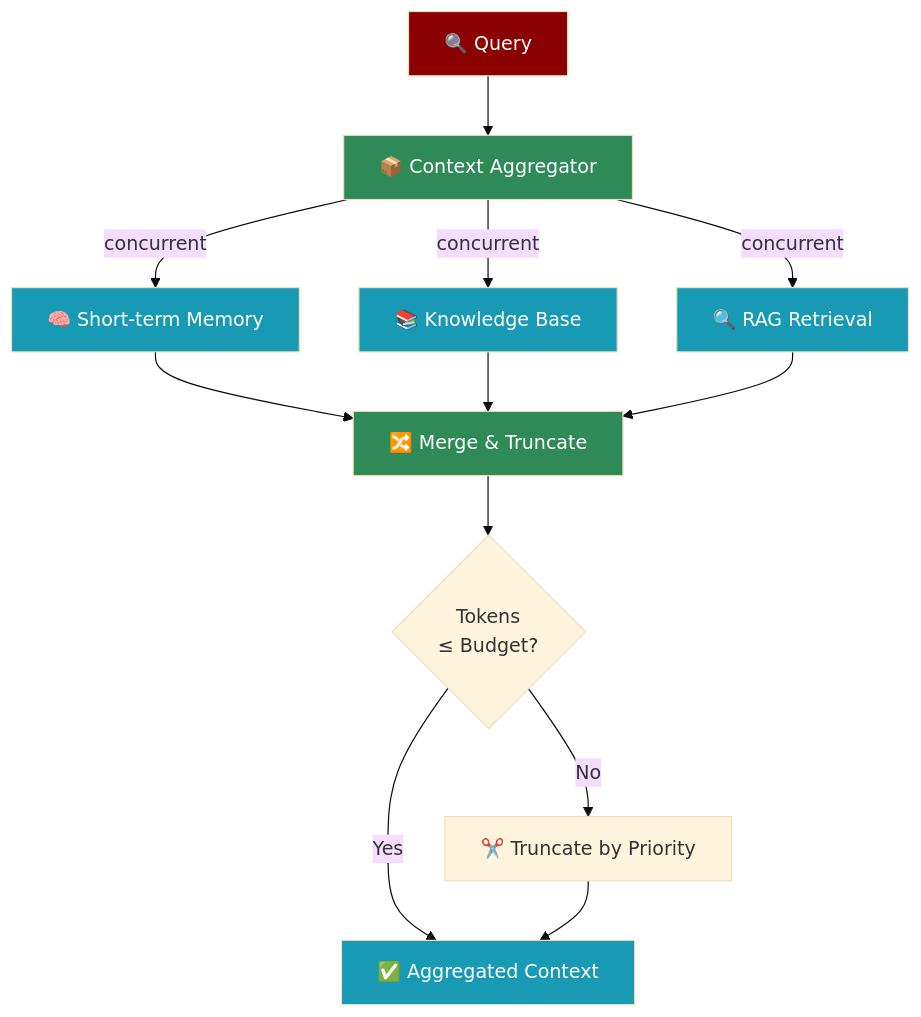
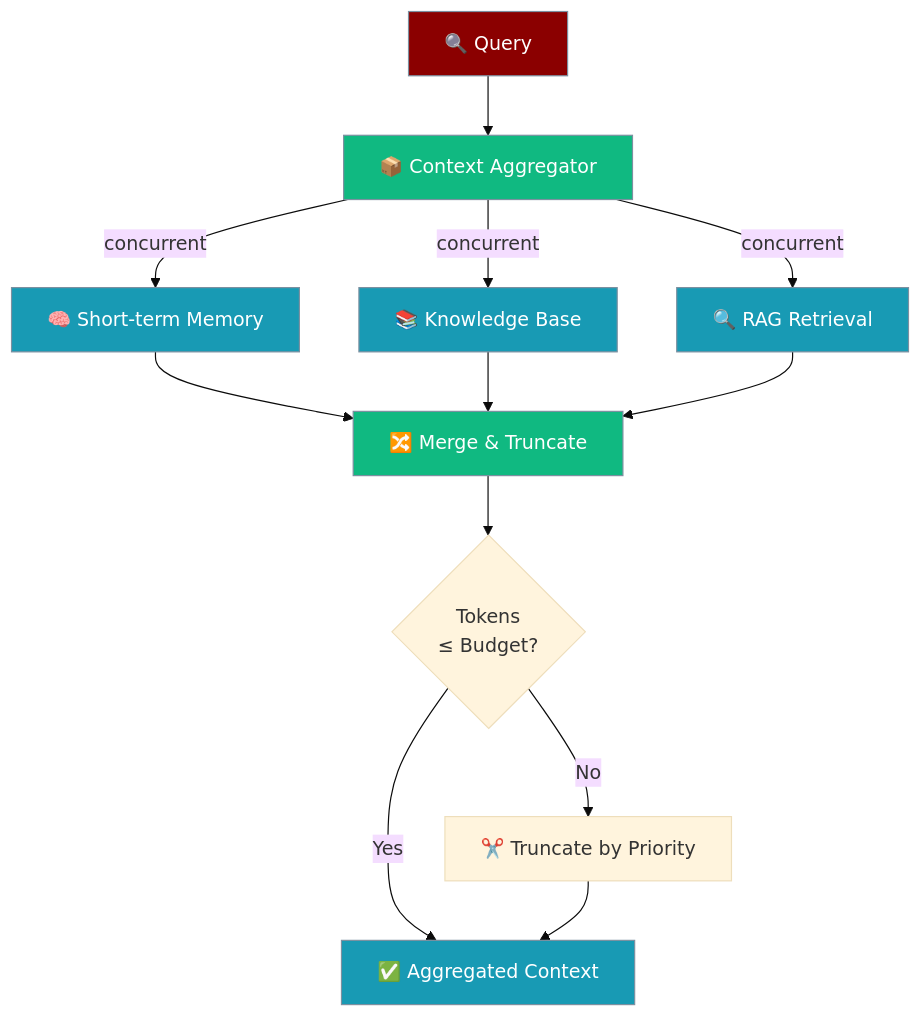
Before and after one commit to MervinPraison/PraisonAIDocs: the fifth of 5 diagrams in docs/features/context-management.mdx, drawn with Mermaid (base theme). The commit also changed other lines of this file and 10 other files, not shown here.

First line of the commit message:
fix: align Mermaid classDef stroke and palette in batch-1 features

````diff
--- a/docs/features/context-management.mdx
+++ b/docs/features/context-management.mdx
@@ -373,25 +358,24 @@
 ```mermaid
 flowchart TB
     QUERY[🔍 Query] --> AGG[📦 Context Aggregator]
     
     AGG --> |concurrent| MEM[🧠 Short-term Memory]
     AGG --> |concurrent| KNOW[📚 Knowledge Base]
     AGG --> |concurrent| RAG[🔍 RAG Retrieval]
     
     MEM --> MERGE[🔀 Merge & Truncate]
     KNOW --> MERGE
     RAG --> MERGE
     
     MERGE --> TOKEN{Tokens<br/>≤ Budget?}
     TOKEN -->|Yes| OUT[✅ Aggregated Context]
     TOKEN -->|No| TRUNC[✂️ Truncate by Priority]
     TRUNC --> OUT
 
-    style QUERY fill:#8B0000,color:#fff
-    style AGG fill:#2E8B57,color:#fff
-    style MEM fill:#189AB4,color:#fff
-    style KNOW fill:#189AB4,color:#fff
-    style RAG fill:#189AB4,color:#fff
-    style MERGE fill:#2E8B57,color:#fff
-    style OUT fill:#189AB4,color:#fff
+    classDef input fill:#8B0000,stroke:#7C90A0,color:#fff
+    classDef process fill:#10B981,stroke:#7C90A0,color:#fff
+    classDef source fill:#189AB4,stroke:#7C90A0,color:#fff
+    class QUERY input
+    class AGG,MERGE process
+    class MEM,KNOW,RAG,OUT source
 ```
````
